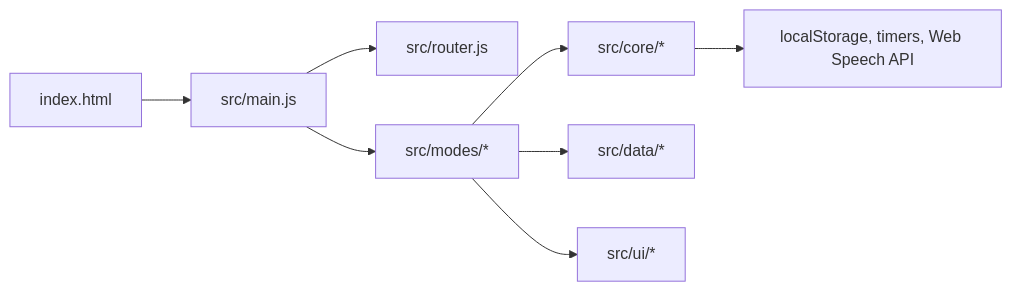
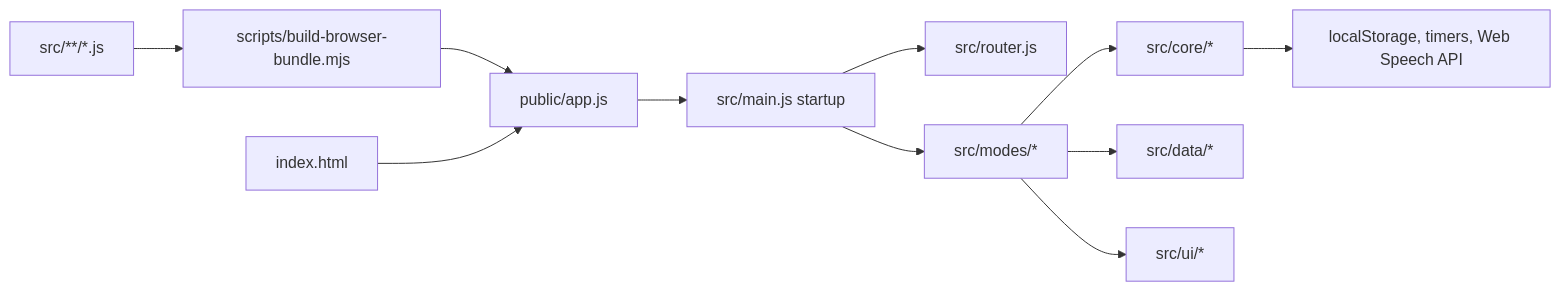
One commit to Bobonfire/leren-lezen-modular changed the diagram in docs/agents/AGENT_HANDBOOK.md. Above: the diagram before and after it, drawn with Mermaid. The commit also changed other lines of this file and 70 other files, not shown here.

````diff
--- a/docs/agents/AGENT_HANDBOOK.md
+++ b/docs/agents/AGENT_HANDBOOK.md
@@ -43,10 +47,13 @@
 ```mermaid
 flowchart LR
-    Entry["index.html"] --> Main["src/main.js"]
+    Sources["src/**/*.js"] --> Build["scripts/build-browser-bundle.mjs"]
+    Build --> Bundle["public/app.js"]
+    Entry["index.html"] --> Bundle
+    Bundle --> Main["src/main.js startup"]
     Main --> Router["src/router.js"]
     Main --> Modes["src/modes/*"]
     Modes --> Core["src/core/*"]
     Modes --> Data["src/data/*"]
     Modes --> UI["src/ui/*"]
     Core --> Browser["localStorage, timers, Web Speech API"]
 ```
````
